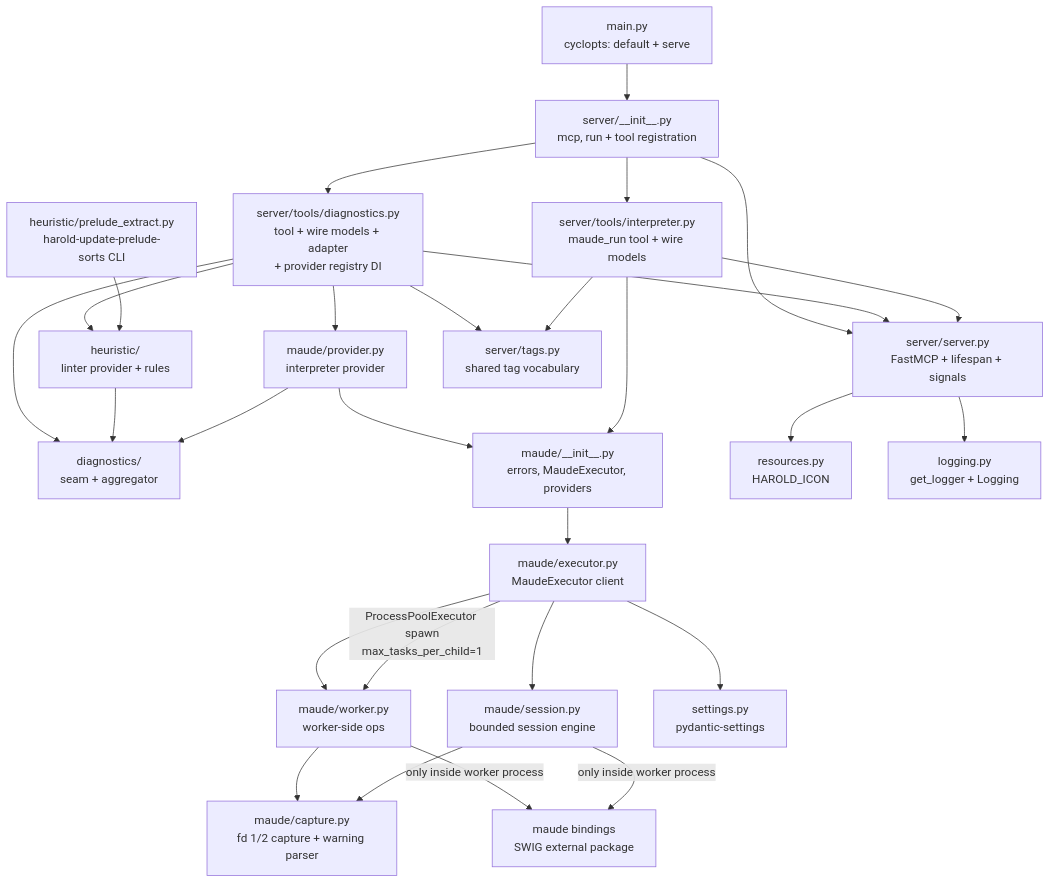
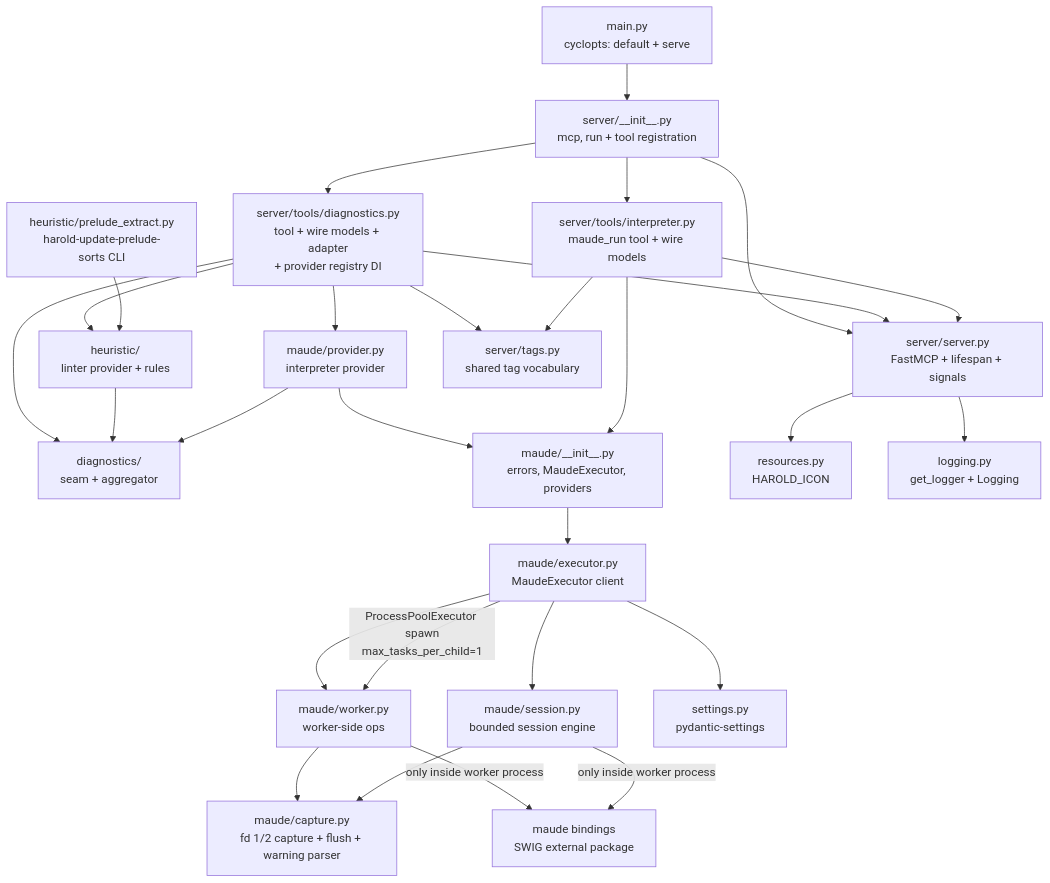
The first of 2 diagrams in harold-mcp/.agents/summary/architecture.md (demiourgoi/Harold), drawn with Mermaid before and after one commit. The commit also changed other lines of this file and 10 other files, not shown here.

````diff
--- a/harold-mcp/.agents/summary/architecture.md
+++ b/harold-mcp/.agents/summary/architecture.md
@@ -40,32 +40,32 @@
 ```mermaid
 graph TB
     main[main.py<br>cyclopts: default + serve] --> serverpkg[server/__init__.py<br>mcp, run + tool registration]
     serverpkg --> serversrv[server/server.py<br>FastMCP + lifespan + signals]
     tools[server/tools/diagnostics.py<br>tool + wire models + adapter<br>+ provider registry DI]
     ertool[server/tools/interpreter.py<br>maude_run tool + wire models]
     serverpkg --> tools
     serverpkg --> ertool
     tools --> diagpkg[diagnostics/<br>seam + aggregator]
     tools --> heurpkg[heuristic/<br>linter provider + rules]
     tools --> maudeprov[maude/provider.py<br>interpreter provider]
     tools --> serversrv
     ertool --> serversrv
     tools --> tags[server/tags.py<br>shared tag vocabulary]
     ertool --> tags
     heurpkg --> diagpkg
     maudeprov --> diagpkg
     maudeprov --> maudepkg[maude/__init__.py<br>errors, MaudeExecutor, providers]
     ertool --> maudepkg
     maudepkg --> executor[maude/executor.py<br>MaudeExecutor client]
     executor --> worker[maude/worker.py<br>worker-side ops]
     executor --> session[maude/session.py<br>bounded session engine]
-    worker --> capture[maude/capture.py<br>fd 1/2 capture + warning parser]
+    worker --> capture[maude/capture.py<br>fd 1/2 capture + flush + warning parser]
     session --> capture
     executor --> settings[settings.py<br>pydantic-settings]
     worker -->|only inside worker process| bindings[maude bindings<br>SWIG external package]
     session -->|only inside worker process| bindings
     executor -->|ProcessPoolExecutor spawn<br>max_tasks_per_child=1| worker
     cli[heuristic/prelude_extract.py<br>harold-update-prelude-sorts CLI] --> heurpkg
     serversrv --> resources[resources.py<br>HAROLD_ICON]
     serversrv --> logging[logging.py<br>get_logger + Logging]
 ```
````
